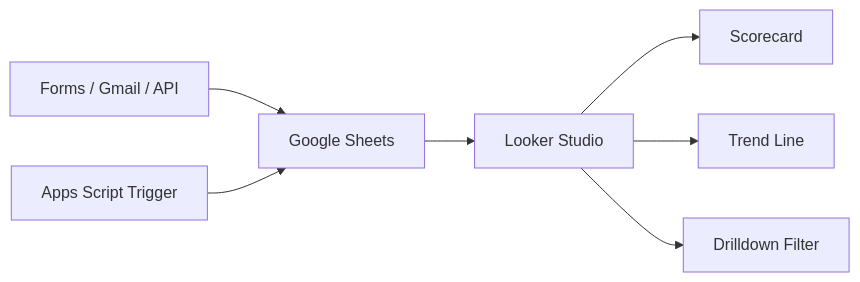
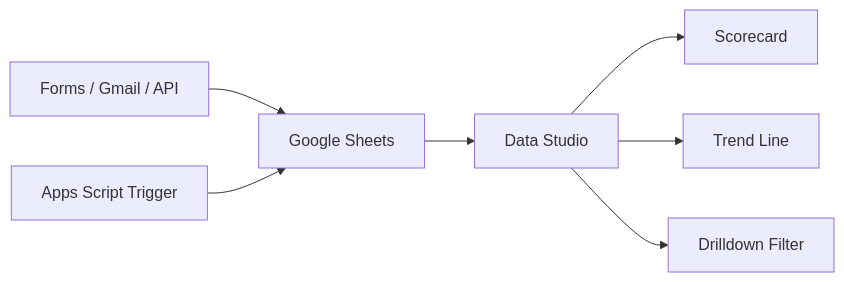
The diagram in slides.md (cozytk/google-workspace-gemini-day1), drawn with Mermaid before and after one commit. The commit also changed other lines of this file and 33 other files, not shown here.

````diff
--- a/slides.md
+++ b/slides.md
@@ -856,9 +1191,9 @@
 ```mermaid
 flowchart LR
   A[Forms / Gmail / API] --> B[Google Sheets]
-  B --> C[Looker Studio]
+  B --> C[Data Studio]
   C --> D[Scorecard]
   C --> E[Trend Line]
   C --> F[Drilldown Filter]
   G[Apps Script Trigger] --> B
 ```
````
